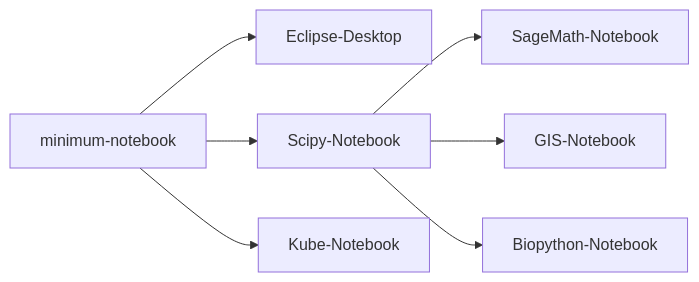
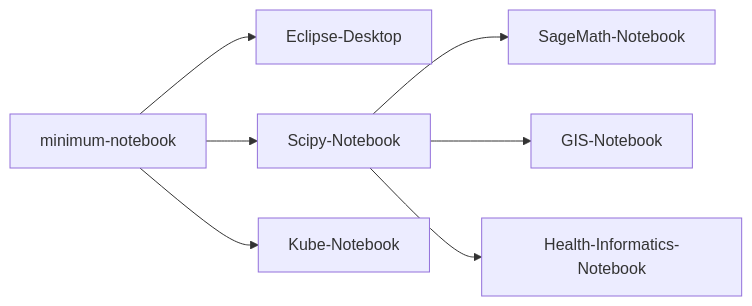
Before and after one commit to SDSU-Research-CI/SDSU-Research-CI.github.io: the second of 2 diagrams in docs/instructionalcluster/availableimages.md, drawn with Mermaid. The commit also changed other lines of this file and 1 other file, not shown here.

Commit message:
Updated Dr. Tang's research + references of biopython notebook

````diff
--- a/docs/instructionalcluster/availableimages.md
+++ b/docs/instructionalcluster/availableimages.md
@@ -53,8 +53,8 @@
 ```mermaid
 graph LR;
     A[minimum-notebook]-->B[Eclipse-Desktop];
     A-->C[Scipy-Notebook]-->D[SageMath-Notebook];
     A-->F[Kube-Notebook];
     C-->E[GIS-Notebook];
-    C-->G[Biopython-Notebook]
+    C-->G[Health-Informatics-Notebook]
 ```
````
